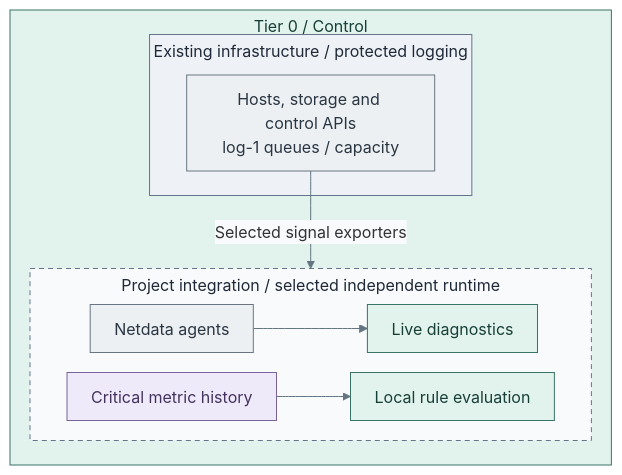
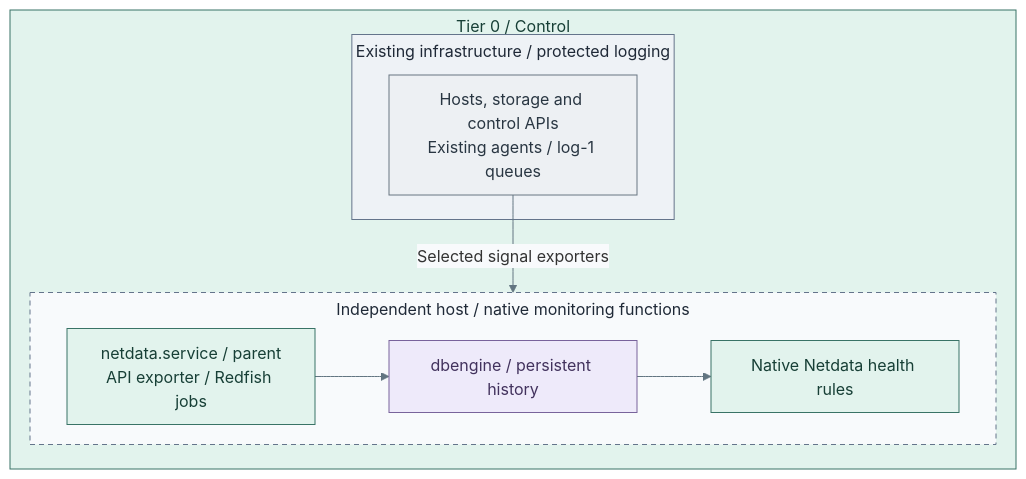
One commit to Rexus/homelab changed the second of 3 diagrams in docs/deployment/stage-6-secrets/monitoring.md. Above: the diagram before and after it, drawn with Mermaid. The commit also changed other lines of this file and 353 other files, not shown here.

````diff
--- a/docs/deployment/stage-6-secrets/monitoring.md
+++ b/docs/deployment/stage-6-secrets/monitoring.md
@@ -66,29 +87,27 @@
 ```mermaid
 %%{init: {"theme":"base","flowchart":{"nodeSpacing":20,"rankSpacing":24,"padding":12,"subGraphTitleMargin":{"top":4,"bottom":12}},"themeVariables":{"lineColor":"#627581","edgeLabelBackground":"#f8fafc"}}}%%
-flowchart LR
+flowchart RL
   subgraph T0["Tier 0 / Control"]
     subgraph Existing["Existing infrastructure / protected logging"]
-      Sources["Hosts, storage and control APIs<br/>log-1 queues / capacity"]
+      Sources["Hosts, storage and control APIs<br/>Existing agents / log-1 queues"]
     end
-    subgraph Project["Project integration / selected independent runtime"]
-      Agents["Netdata agents"]
-      Parent["Live diagnostics"]
-      Metrics["Critical metric history"]
-      Rules["Local rule evaluation"]
-      Agents --> Parent
-      Metrics --> Rules
+    subgraph Project["Independent host / native monitoring functions"]
+      Parent["netdata.service / parent<br/>API exporter / Redfish jobs"]
+      Metrics["dbengine / persistent history"]
+      Rules["Native Netdata health rules"]
+      Parent --> Metrics --> Rules
     end
     Sources -->|Selected signal exporters| Project
   end
   classDef default fill:#f8fafc,stroke:#64748b,color:#1f2937
   classDef actor fill:#edf0f3,stroke:#697682,color:#293642
   classDef data fill:#eeeafa,stroke:#78639b,color:#42325d
   classDef control fill:#e2f3ed,stroke:#397366,color:#173f36
   classDef boundary fill:#eef2f6,stroke:#64748b,color:#1f2937
   classDef replicas fill:#f8fafc,stroke:#64748b,color:#1f2937,stroke-dasharray:5 4
-  class Sources,Agents actor
+  class Sources actor
   class Metrics data
   class T0,Parent,Rules control
   class Existing boundary
   class Project replicas
 ```
````
